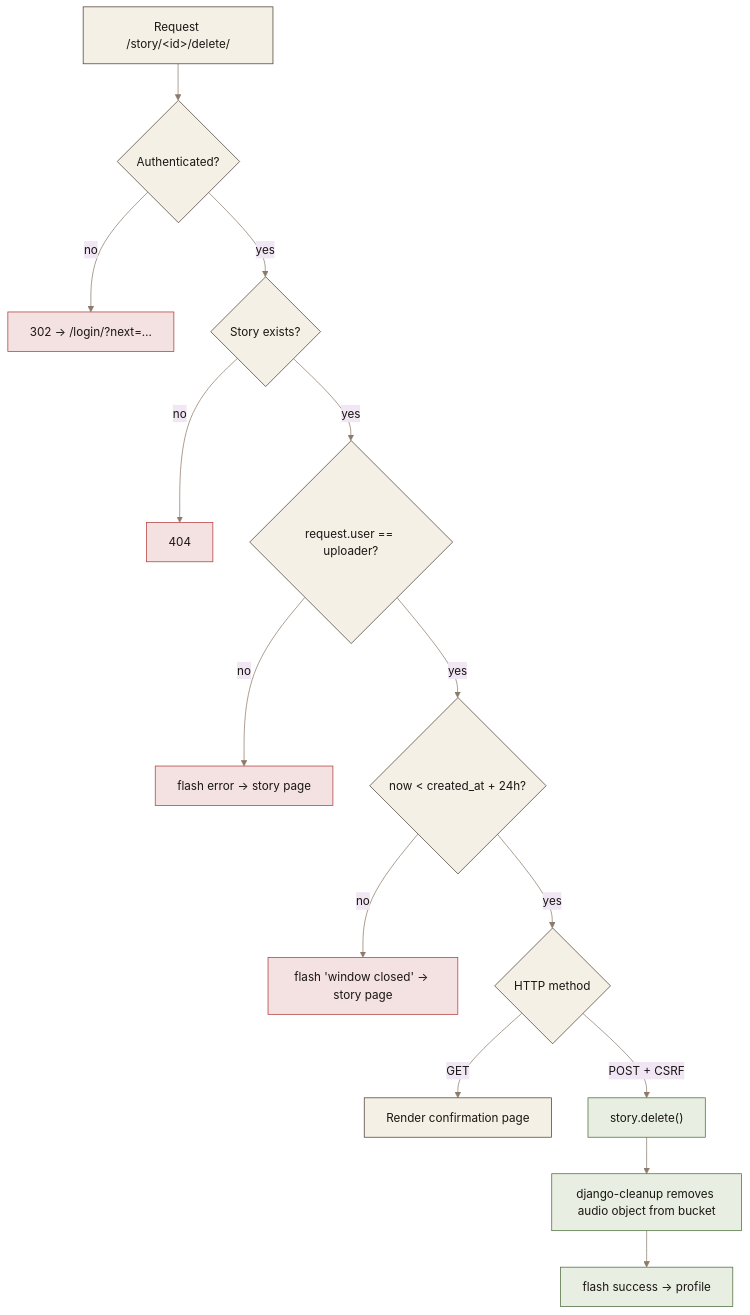
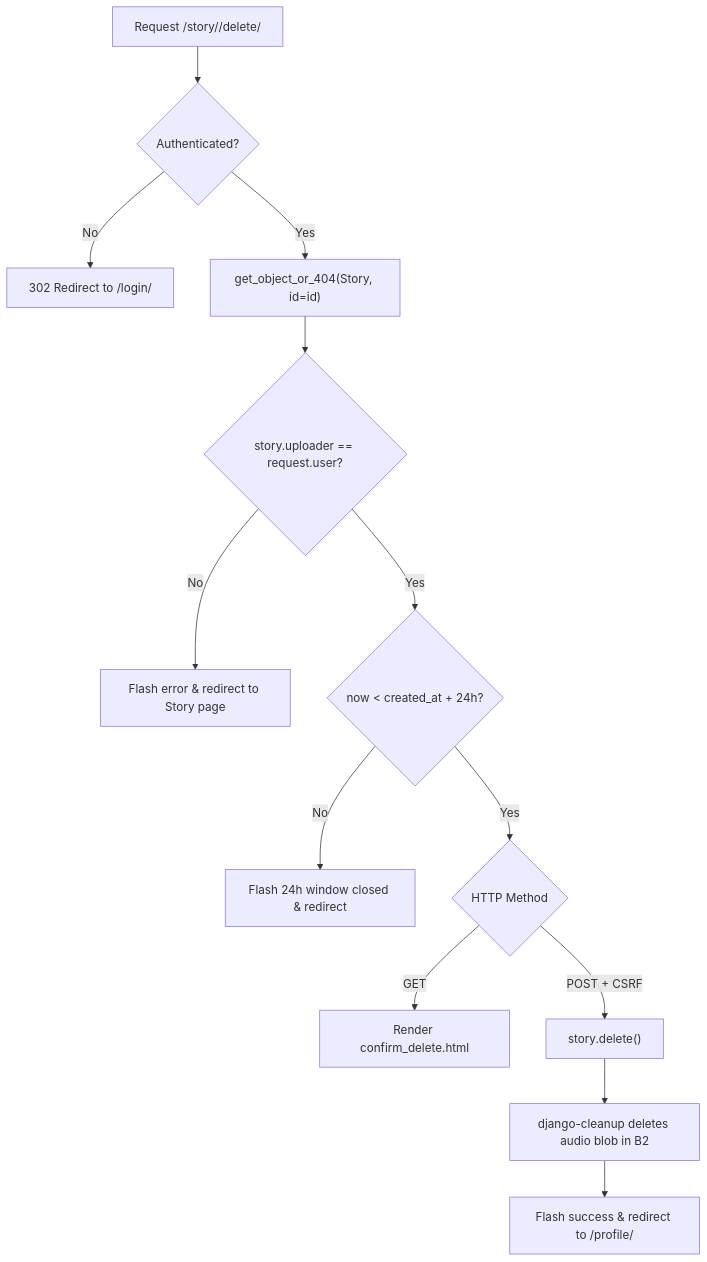
One commit to Kashan-A1i/Ishlogh-Architecture changed the second of 2 diagrams in ARCHITECTURE.md. Above: the diagram before and after it, drawn with Mermaid. The commit also changed other lines of this file and 4 other files, not shown here.

Commit message:
docs: redesign showcase for clean layout and fix Mermaid rendering

````diff
--- a/ARCHITECTURE.md
+++ b/ARCHITECTURE.md
@@ -143,24 +89,15 @@
 ```mermaid
-%%{init: {'theme':'base', 'themeVariables': { 'fontFamily': 'Georgia, serif', 'primaryColor': '#f4f0e6', 'primaryTextColor': '#1a1613', 'primaryBorderColor': '#4a3e35', 'lineColor': '#8c7a6b' }}}%%
 flowchart TD
-    A["Request /story/&lt;id&gt;/delete/"] --> B{"Authenticated?"}
-    B -- no --> L["302 → /login/?next=…"]
-    B -- yes --> C{"Story exists?"}
-    C -- no --> N["404"]
-    C -- yes --> D{"request.user == uploader?"}
-    D -- no --> E1["flash error → story page"]
-    D -- yes --> F{"now &lt; created_at + 24h?"}
-    F -- no --> E2["flash 'window closed' → story page"]
-    F -- yes --> G{"HTTP method"}
-    G -- GET --> H["Render confirmation page"]
-    G -- POST + CSRF --> I["story.delete()"]
-    I --> J["django-cleanup removes audio object from bucket"]
-    J --> K["flash success → profile"]
-
-    classDef bad fill:#f4e1e1,stroke:#b33939,color:#1a1613
-    classDef good fill:#e8efe2,stroke:#4a6b3a,color:#1a1613
-    classDef node fill:#f4f0e6,stroke:#4a3e35,color:#1a1613
-    class L,N,E1,E2 bad
-    class I,J,K good
-    class A,B,C,D,F,G,H node
+    Req["Request /story/<id>/delete/"] --> Auth{"Authenticated?"}
+    Auth -->|No| Login["302 Redirect to /login/"]
+    Auth -->|Yes| Lookup["get_object_or_404(Story, id=id)"]
+    Lookup --> Owner{"story.uploader == request.user?"}
+    Owner -->|No| ErrOwner["Flash error & redirect to Story page"]
+    Owner -->|Yes| Window{"now < created_at + 24h?"}
+    Window -->|No| ErrWindow["Flash 24h window closed & redirect"]
+    Window -->|Yes| Method{"HTTP Method"}
+    Method -->|GET| Confirm["Render confirm_delete.html"]
+    Method -->|POST + CSRF| Delete["story.delete()"]
+    Delete --> Cleanup["django-cleanup deletes audio blob in B2"]
+    Cleanup --> Done["Flash success & redirect to /profile/"]
 ```
````
